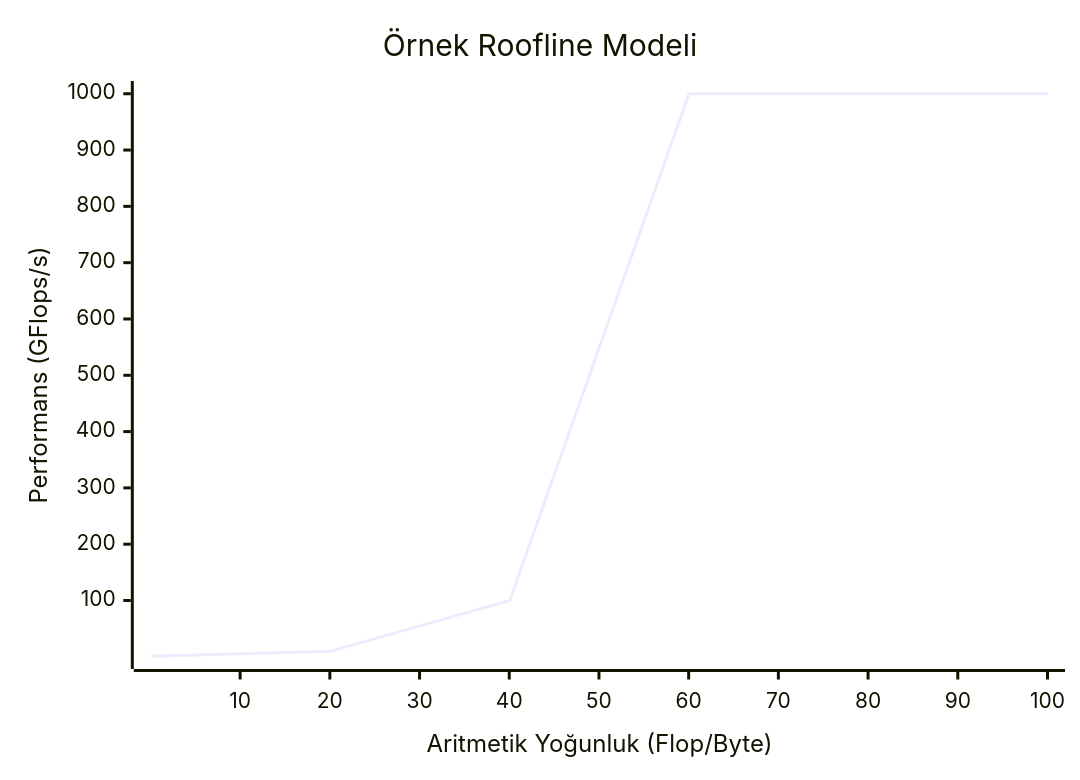
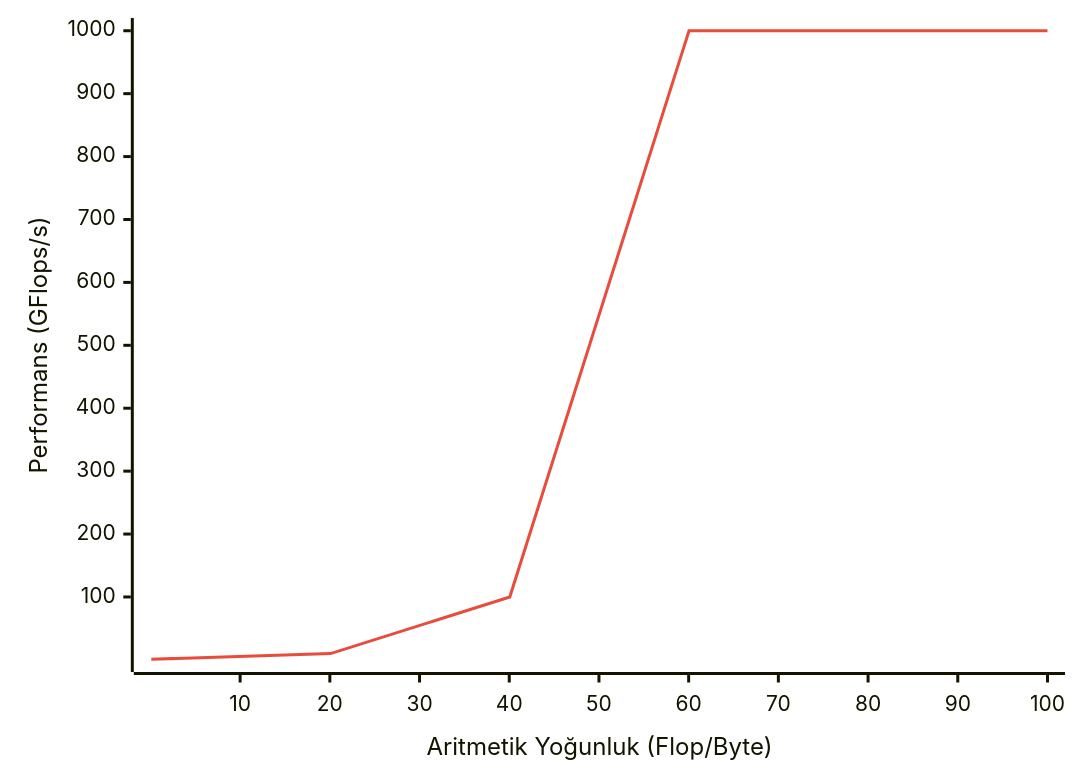
Before and after one commit to erkanozhan/HighPerfCom: the fifth of 5 diagrams in Ders_Notu2.md, drawn with Mermaid. The commit also changed other lines of this file, not shown here.

````diff
--- a/Ders_Notu2.md
+++ b/Ders_Notu2.md
@@ -179,7 +184,7 @@
 ```mermaid
+%%{init: {'themeVariables': { 'xyChart': {'plotColorPalette': '#e74c3c'} } } }%%
 xychart-beta
-    title "Örnek Roofline Modeli"
     x-axis "Aritmetik Yoğunluk (Flop/Byte)" 0.1 --> 100
     y-axis "Performans (GFlops/s)" 1 --> 1000
     line [1, 10, 100, 1000, 1000, 1000]
 ```
````
